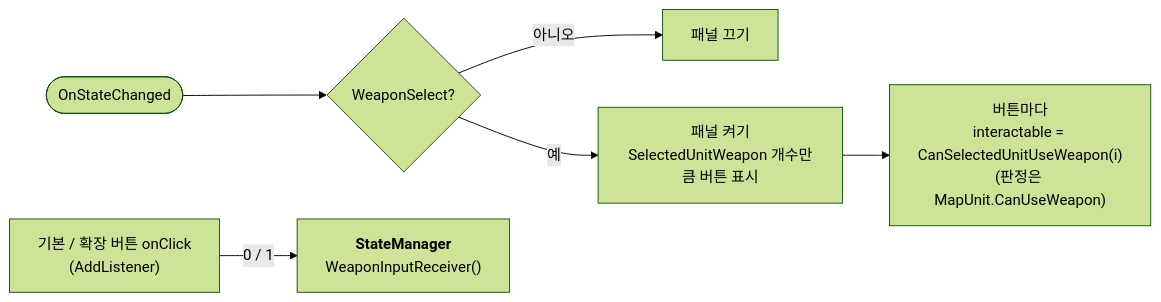
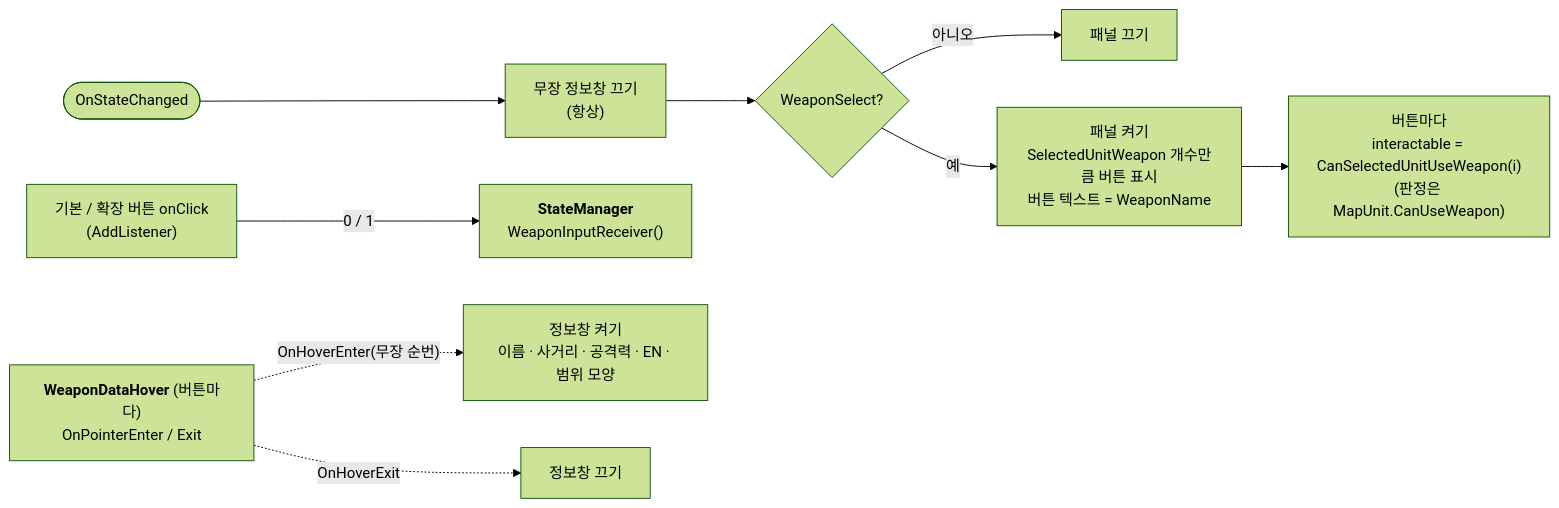
Diagram 16 of 31 in Docs/ImplementDocs/Diagram.md (jayy5288sk/PersonalProject), drawn with Mermaid (forest theme) before and after one commit. The commit also changed other lines of this file and 23 other files, not shown here.

````diff
--- a/Docs/ImplementDocs/Diagram.md
+++ b/Docs/ImplementDocs/Diagram.md
@@ -325,8 +337,11 @@
 ```mermaid
 flowchart LR
-    S(["OnStateChanged"]) --> IsW{"WeaponSelect?"}
+    S(["OnStateChanged"]) --> Info0["무장 정보창 끄기<br/>(항상)"]
+    Info0 --> IsW{"WeaponSelect?"}
     IsW -->|아니오| Off["패널 끄기"]
-    IsW -->|예| On["패널 켜기<br/>SelectedUnitWeapon 개수만큼 버튼 표시"]
+    IsW -->|예| On["패널 켜기<br/>SelectedUnitWeapon 개수만큼 버튼 표시<br/>버튼 텍스트 = WeaponName"]
     On --> En["버튼마다<br/>interactable = CanSelectedUnitUseWeapon(i)<br/>(판정은 MapUnit.CanUseWeapon)"]
     Btn["기본 / 확장 버튼 onClick<br/>(AddListener)"] -->|"0 / 1"| SM["<b>StateManager</b><br/>WeaponInputReceiver()"]
+    Hover["<b>WeaponDataHover</b> (버튼마다)<br/>OnPointerEnter / Exit"] -.->|"OnHoverEnter(무장 순번)"| InfoOn["정보창 켜기<br/>이름 · 사거리 · 공격력 · EN · 범위 모양"]
+    Hover -.->|OnHoverExit| InfoOff["정보창 끄기"]
 ```
````
